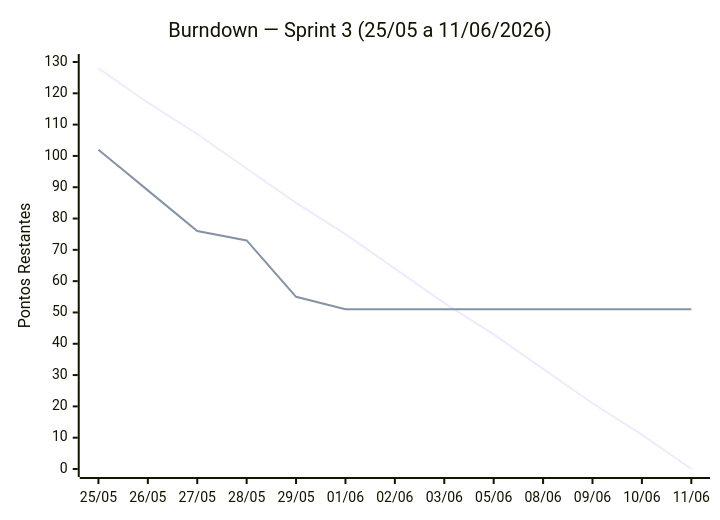
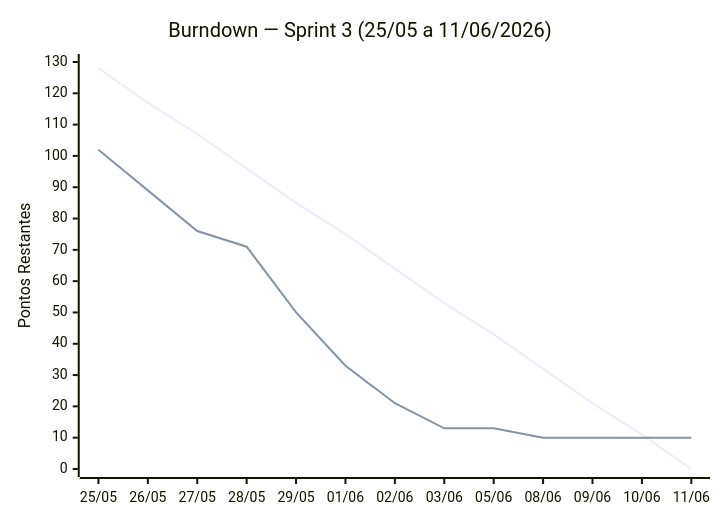
Before and after one commit to DEVassos/scrum-flow-abp: the diagram in docs/scrum/sprint-3/sprint-3.md, drawn with Mermaid. The commit also changed other lines of this file, not shown here.

````diff
--- a/docs/scrum/sprint-3/sprint-3.md
+++ b/docs/scrum/sprint-3/sprint-3.md
@@ -105,8 +105,8 @@
 ```mermaid
 xychart-beta
     title "Burndown — Sprint 3 (25/05 a 11/06/2026)"
     x-axis ["25/05", "26/05", "27/05", "28/05", "29/05", "01/06", "02/06", "03/06", "05/06", "08/06", "09/06", "10/06", "11/06"]
     y-axis "Pontos Restantes" 0 --> 130
     line [128, 117, 107, 96, 85, 75, 64, 53, 43, 32, 21, 11, 0]
-    line [102, 89, 76, 73, 55, 51, 51, 51, 51, 51, 51, 51, 51]
+    line [102, 89, 76, 71, 50, 33, 21, 13, 13, 10, 10, 10, 10]
 ```
````
